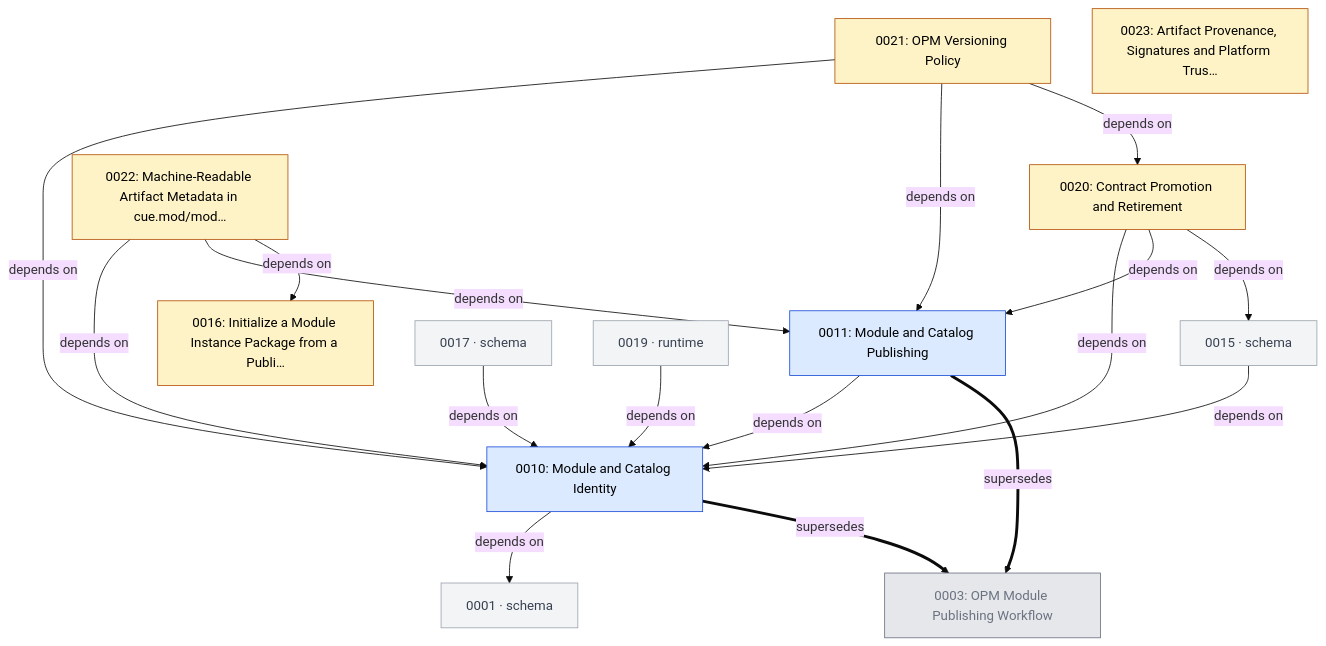
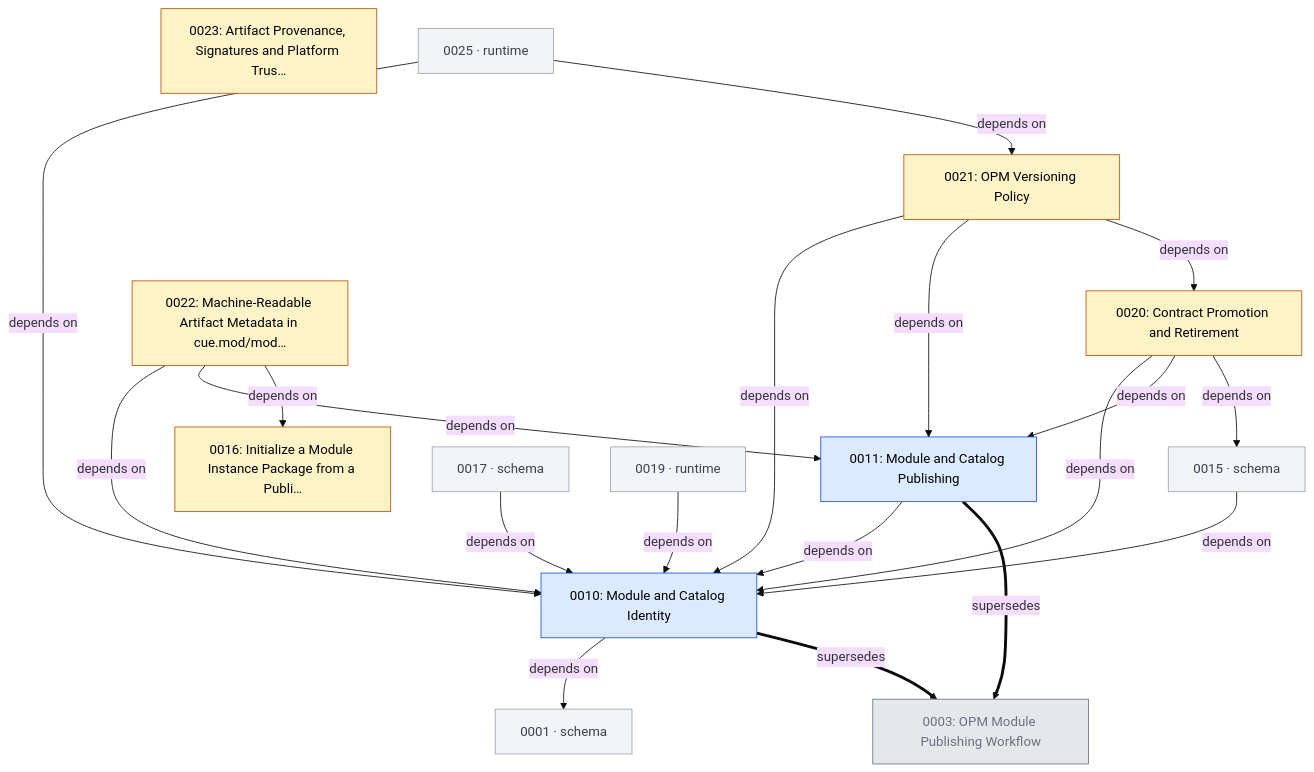
The fourth of 7 diagrams in GRAPH.md (open-platform-model/enhancements), drawn with Mermaid (base theme) before and after one commit. The commit also changed other lines of this file and 14 other files, not shown here.

````diff
--- a/GRAPH.md
+++ b/GRAPH.md
@@ -112,40 +122,43 @@
 ```mermaid
 graph TD
   classDef draft       fill:#fef3c7,stroke:#b45309,color:#000
   classDef accepted    fill:#dbeafe,stroke:#1d4ed8,color:#000
   classDef rejected    fill:#fee2e2,stroke:#b91c1c,color:#7f1d1d,stroke-dasharray:4 2
   classDef superseded  fill:#e5e7eb,stroke:#6b7280,color:#6b7280
   classDef legacy      fill:#fafafa,stroke:#9ca3af,color:#6b7280,stroke-dasharray:3 3
   classDef stub        fill:#f3f4f6,stroke:#9ca3af,color:#374151
   classDef category    fill:#ede9fe,stroke:#6d28d9,color:#000
 
   N0010["0010: Module and Catalog Identity"]:::accepted
   N0011["0011: Module and Catalog Publishing"]:::accepted
   N0016["0016: Initialize a Module Instance Package from a Publi…"]:::draft
   N0020["0020: Contract Promotion and Retirement"]:::draft
   N0021["0021: OPM Versioning Policy"]:::draft
   N0022["0022: Machine-Readable Artifact Metadata in cue.mod/mod…"]:::draft
   N0023["0023: Artifact Provenance, Signatures and Platform Trus…"]:::draft
   N0003["0003: OPM Module Publishing Workflow"]:::superseded
   N0001["0001 · schema"]:::stub
   N0015["0015 · schema"]:::stub
   N0017["0017 · schema"]:::stub
   N0019["0019 · runtime"]:::stub
+  N0025["0025 · runtime"]:::stub
 
   N0010 -->|depends on| N0001
   N0011 -->|depends on| N0010
   N0015 -->|depends on| N0010
   N0017 -->|depends on| N0010
   N0019 -->|depends on| N0010
   N0020 -->|depends on| N0010
   N0020 -->|depends on| N0011
   N0020 -->|depends on| N0015
   N0021 -->|depends on| N0010
   N0021 -->|depends on| N0011
   N0021 -->|depends on| N0020
   N0022 -->|depends on| N0010
   N0022 -->|depends on| N0011
   N0022 -->|depends on| N0016
+  N0025 -->|depends on| N0010
+  N0025 -->|depends on| N0021
   N0010 ==>|supersedes| N0003
   N0011 ==>|supersedes| N0003
 ```
````
